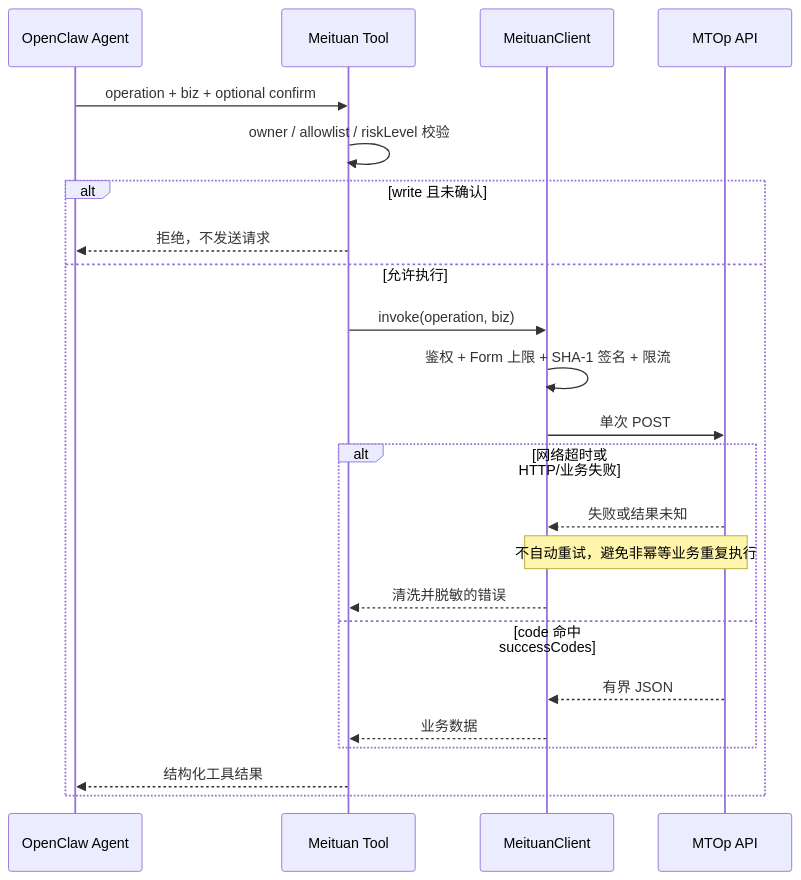
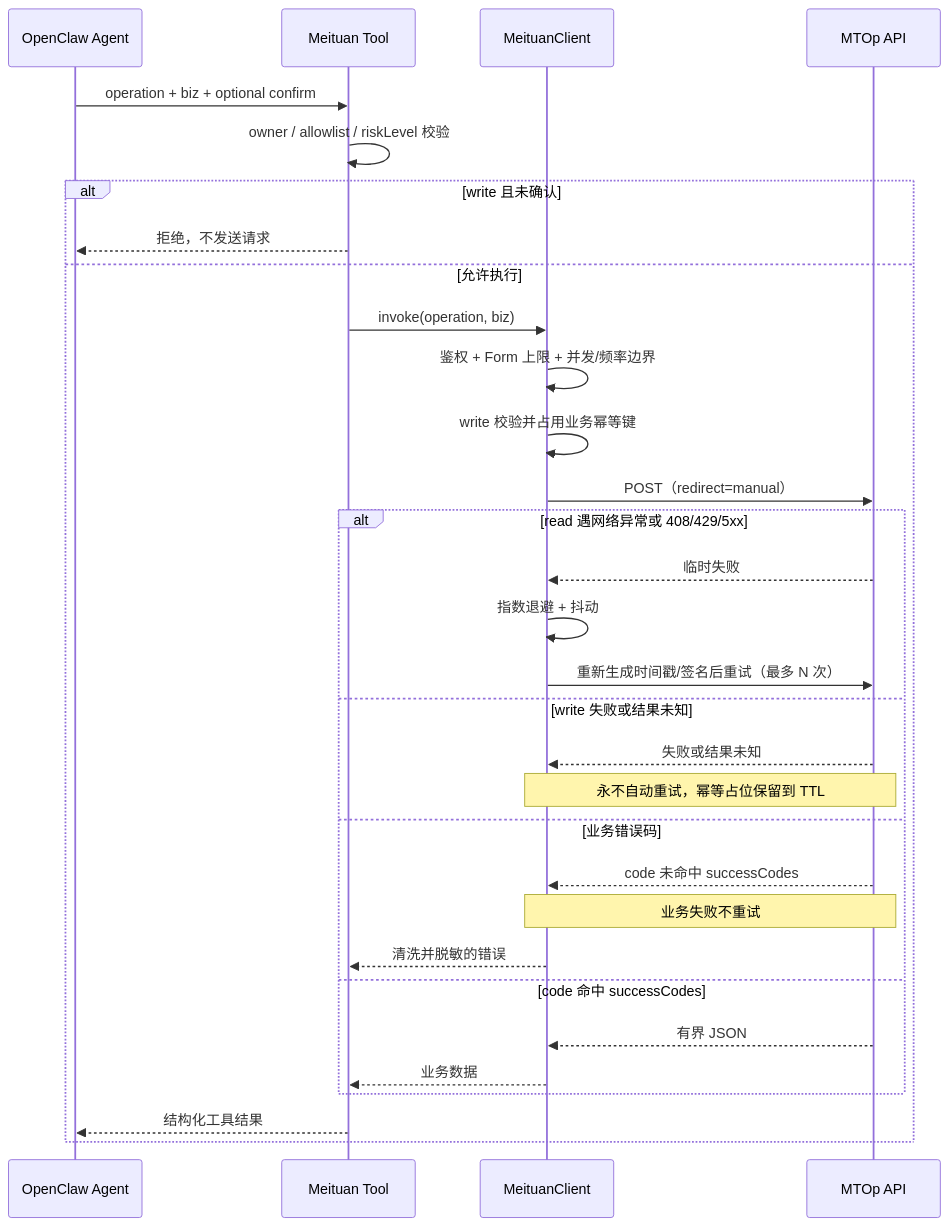
The third of 3 diagrams in extensions/meituan/README.zh-CN.md (partme-ai/openclaw-plugins), drawn with Mermaid before and after one commit. The commit also changed other lines of this file and 1 other file, not shown here.

````diff
--- a/extensions/meituan/README.zh-CN.md
+++ b/extensions/meituan/README.zh-CN.md
@@ -92,26 +104,34 @@
 ```mermaid
 sequenceDiagram
     participant A as OpenClaw Agent
     participant T as Meituan Tool
     participant C as MeituanClient
     participant M as MTOp API
 
     A->>T: operation + biz + optional confirm
     T->>T: owner / allowlist / riskLevel 校验
     alt write 且未确认
         T-->>A: 拒绝，不发送请求
     else 允许执行
         T->>C: invoke(operation, biz)
-        C->>C: 鉴权 + Form 上限 + SHA-1 签名 + 限流
-        C->>M: 单次 POST
-        alt 网络超时或 HTTP/业务失败
+        C->>C: 鉴权 + Form 上限 + 并发/频率边界
+        C->>C: write 校验并占用业务幂等键
+        C->>M: POST（redirect=manual）
+        alt read 遇网络异常或 408/429/5xx
+            M-->>C: 临时失败
+            C->>C: 指数退避 + 抖动
+            C->>M: 重新生成时间戳/签名后重试（最多 N 次）
+        else write 失败或结果未知
             M-->>C: 失败或结果未知
-            Note over C,M: 不自动重试，避免非幂等业务重复执行
+            Note over C,M: 永不自动重试，幂等占位保留到 TTL
+        else 业务错误码
+            M-->>C: code 未命中 successCodes
+            Note over C,M: 业务失败不重试
             C-->>T: 清洗并脱敏的错误
         else code 命中 successCodes
             M-->>C: 有界 JSON
             C-->>T: 业务数据
         end
         T-->>A: 结构化工具结果
     end
 ```
````
